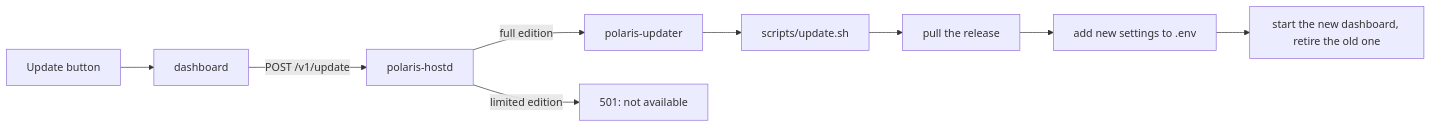
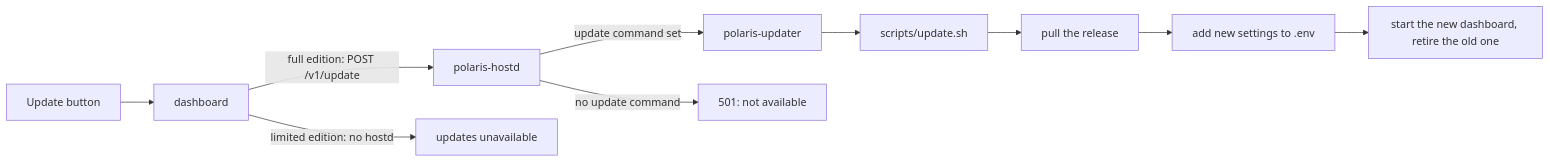
The second of 5 diagrams in README.md (FJRG2007/polaris), drawn with Mermaid before and after one commit. The commit also changed other lines of this file and 1 other file, not shown here.

Commit message:
🐛 enigma(review): Correct README update diagram and model provider count

````diff
--- a/README.md
+++ b/README.md
@@ -287,11 +287,12 @@
 ```mermaid
 flowchart LR
     A[Update button] --> B[dashboard]
-    B -- POST /v1/update --> C[polaris-hostd]
-    C -- full edition --> D[polaris-updater]
+    B -- full edition: POST /v1/update --> C[polaris-hostd]
+    B -- limited edition: no hostd --> Y[updates unavailable]
+    C -- update command set --> D[polaris-updater]
     D --> E[scripts/update.sh]
     E --> F[pull the release]
     F --> G[add new settings to .env]
     G --> H[start the new dashboard, retire the old one]
-    C -- limited edition --> X[501: not available]
+    C -- no update command --> X[501: not available]
 ```
````
